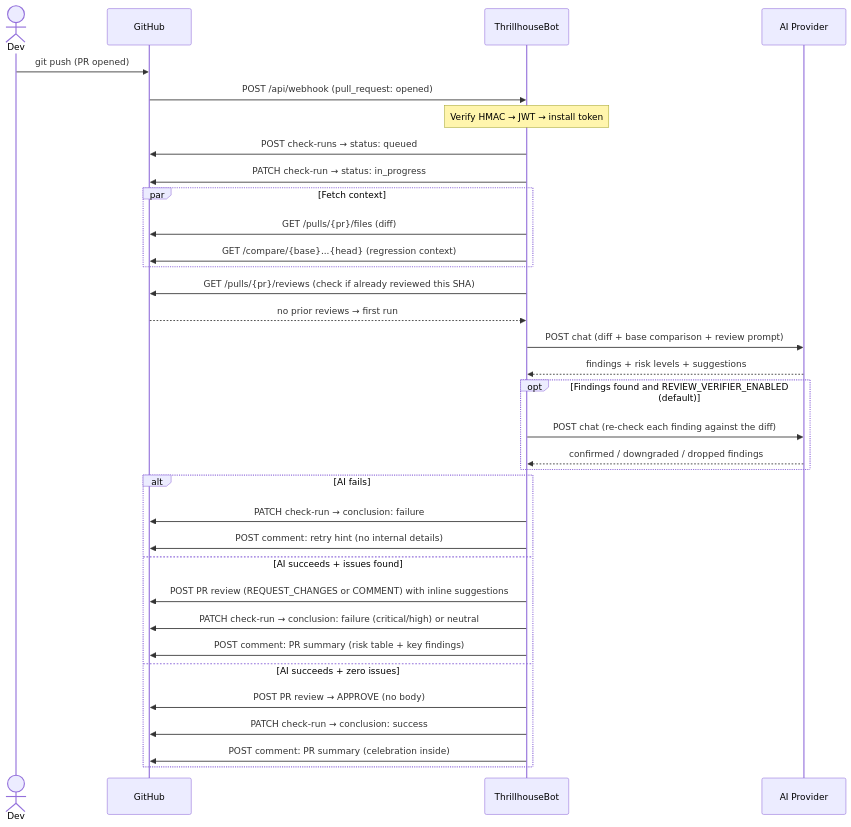
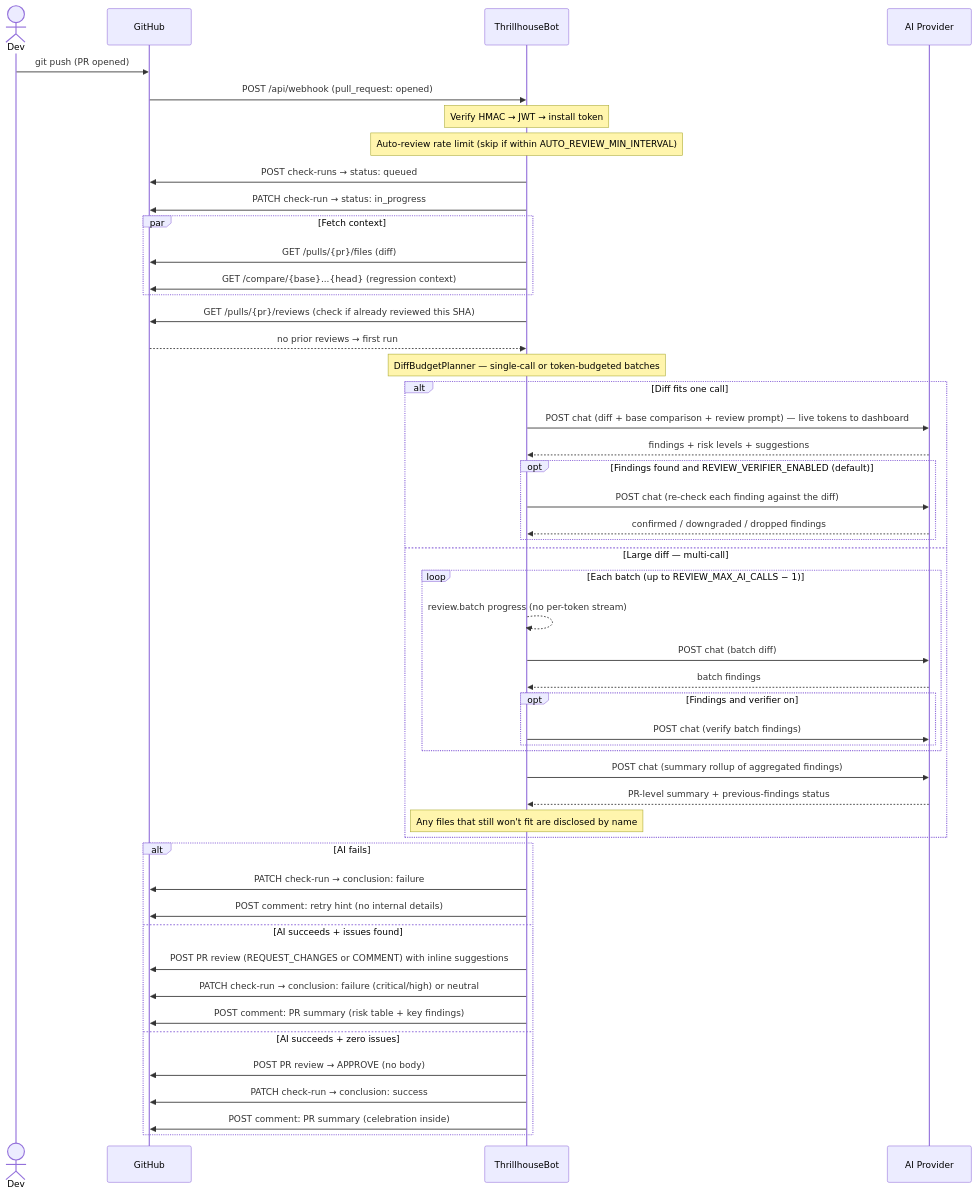
The third of 6 diagrams in docs/ARCHITECTURE.md (devops-thiago/ThrillhouseBot), drawn with Mermaid before and after one commit. The commit also changed other lines of this file and 2 other files, not shown here.

First line of the commit message:
docs: align CHANGELOG, README, and architecture with v0.4.0 (#365)

````diff
--- a/docs/ARCHITECTURE.md
+++ b/docs/ARCHITECTURE.md
@@ -63,44 +70,60 @@
 ```mermaid
 sequenceDiagram
     actor Dev
     participant GH as GitHub
     participant TB as ThrillhouseBot
     participant AI as AI Provider
 
     Dev->>GH: git push (PR opened)
     GH->>TB: POST /api/webhook (pull_request: opened)
 
     Note over TB: Verify HMAC → JWT → install token
+    Note over TB: Auto-review rate limit (skip if within AUTO_REVIEW_MIN_INTERVAL)
 
     TB->>GH: POST check-runs → status: queued
     TB->>GH: PATCH check-run → status: in_progress
 
     par Fetch context
         TB->>GH: GET /pulls/{pr}/files (diff)
         TB->>GH: GET /compare/{base}...{head} (regression context)
     end
 
     TB->>GH: GET /pulls/{pr}/reviews (check if already reviewed this SHA)
     GH-->>TB: no prior reviews → first run
 
-    TB->>AI: POST chat (diff + base comparison + review prompt)
-    AI-->>TB: findings + risk levels + suggestions
+    Note over TB: DiffBudgetPlanner — single-call or token-budgeted batches
 
-    opt Findings found and REVIEW_VERIFIER_ENABLED (default)
-        TB->>AI: POST chat (re-check each finding against the diff)
-        AI-->>TB: confirmed / downgraded / dropped findings
+    alt Diff fits one call
+        TB->>AI: POST chat (diff + base comparison + review prompt) — live tokens to dashboard
+        AI-->>TB: findings + risk levels + suggestions
+        opt Findings found and REVIEW_VERIFIER_ENABLED (default)
+            TB->>AI: POST chat (re-check each finding against the diff)
+            AI-->>TB: confirmed / downgraded / dropped findings
+        end
+    else Large diff — multi-call
+        loop Each batch (up to REVIEW_MAX_AI_CALLS − 1)
+            TB-->>TB: review.batch progress (no per-token stream)
+            TB->>AI: POST chat (batch diff)
+            AI-->>TB: batch findings
+            opt Findings and verifier on
+                TB->>AI: POST chat (verify batch findings)
+            end
+        end
+        TB->>AI: POST chat (summary rollup of aggregated findings)
+        AI-->>TB: PR-level summary + previous-findings status
+        Note over TB: Any files that still won't fit are disclosed by name
     end
 
     alt AI fails
         TB->>GH: PATCH check-run → conclusion: failure
         TB->>GH: POST comment: retry hint (no internal details)
     else AI succeeds + issues found
         TB->>GH: POST PR review (REQUEST_CHANGES or COMMENT) with inline suggestions
         TB->>GH: PATCH check-run → conclusion: failure (critical/high) or neutral
         TB->>GH: POST comment: PR summary (risk table + key findings)
     else AI succeeds + zero issues
         TB->>GH: POST PR review → APPROVE (no body)
         TB->>GH: PATCH check-run → conclusion: success
         TB->>GH: POST comment: PR summary (celebration inside)
     end
 ```
````
